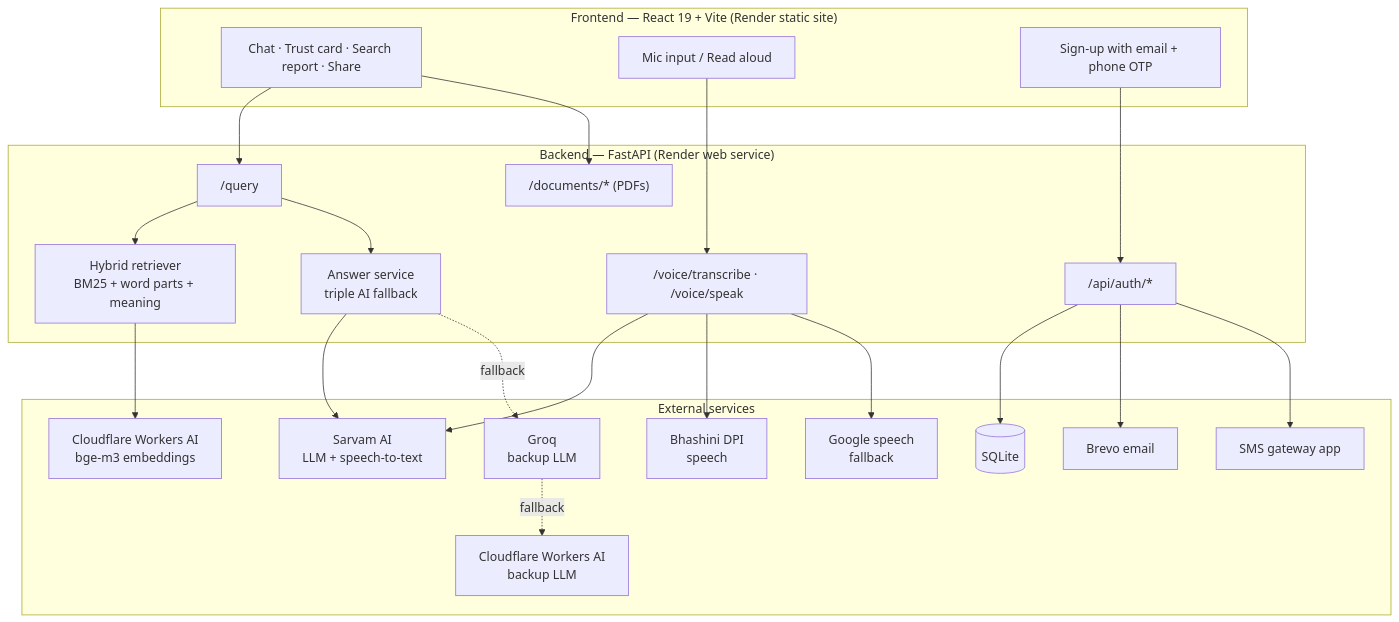
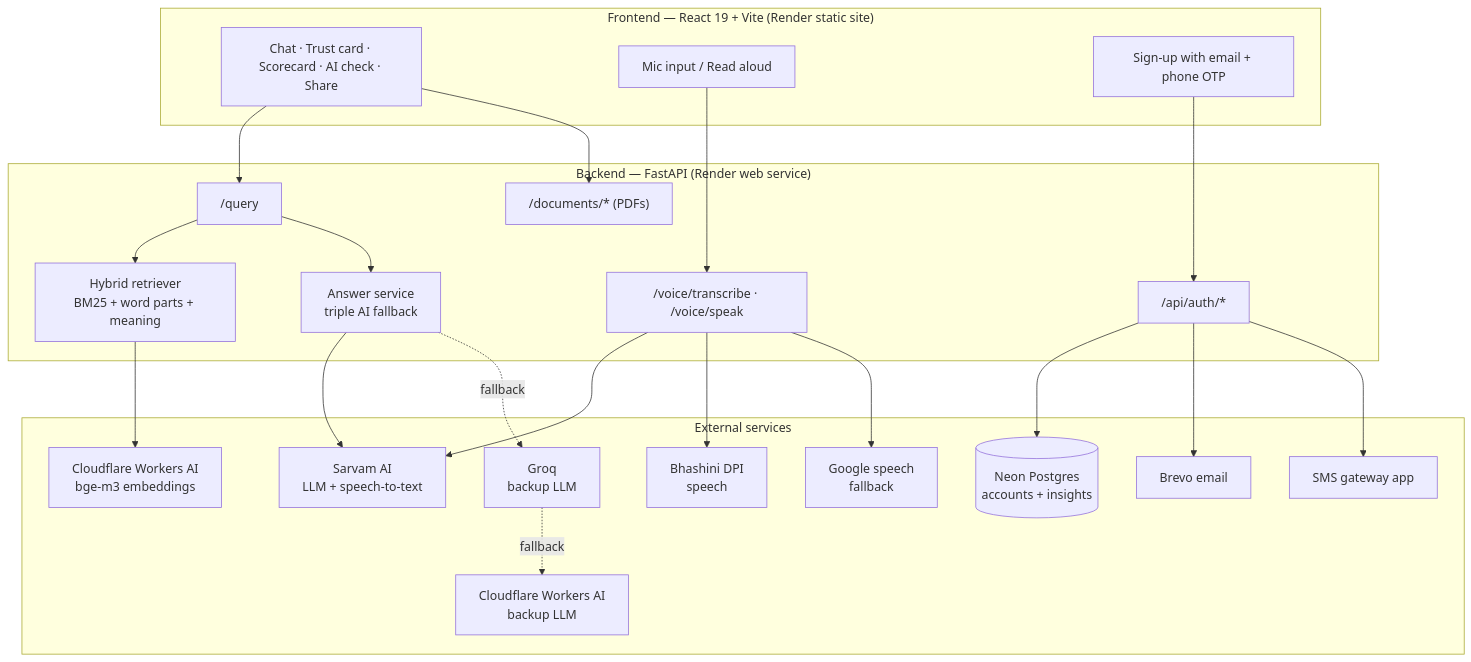
One commit to Anadijain1234/Sahakar-Sahayak changed the second of 2 diagrams in README.md. Above: the diagram before and after it, drawn with Mermaid. The commit also changed other lines of this file and 20 other files, not shown here.

````diff
--- a/README.md
+++ b/README.md
@@ -147,37 +184,37 @@
 ```mermaid
 flowchart TD
     subgraph Client["Frontend — React 19 + Vite (Render static site)"]
-        UI[Chat · Trust card · Search report · Share]
+        UI[Chat · Trust card · Scorecard · AI check · Share]
         Voice[Mic input / Read aloud]
         AuthUI[Sign-up with email + phone OTP]
     end
 
     subgraph Backend["Backend — FastAPI (Render web service)"]
         Q["/query"]
         V["/voice/transcribe · /voice/speak"]
         AU["/api/auth/*"]
         DOCS["/documents/* (PDFs)"]
         RET[Hybrid retriever<br/>BM25 + word parts + meaning]
         RAG[Answer service<br/>triple AI fallback]
     end
 
     subgraph External["External services"]
         SARVAM[Sarvam AI<br/>LLM + speech-to-text]
         GROQ[Groq<br/>backup LLM]
         CFL[Cloudflare Workers AI<br/>backup LLM]
         CF[Cloudflare Workers AI<br/>bge-m3 embeddings]
         BH[Bhashini DPI<br/>speech]
         GG[Google speech<br/>fallback]
         BREVO[Brevo email]
         SMS[SMS gateway app]
-        DB[(SQLite)]
+        DB[(Neon Postgres<br/>accounts + insights)]
     end
 
     UI --> Q --> RET --> CF
     Q --> RAG --> SARVAM
     RAG -.fallback.-> GROQ -.fallback.-> CFL
     Voice --> V --> SARVAM & BH & GG
     AuthUI --> AU --> DB
     AU --> BREVO & SMS
     UI --> DOCS
 ```
````
